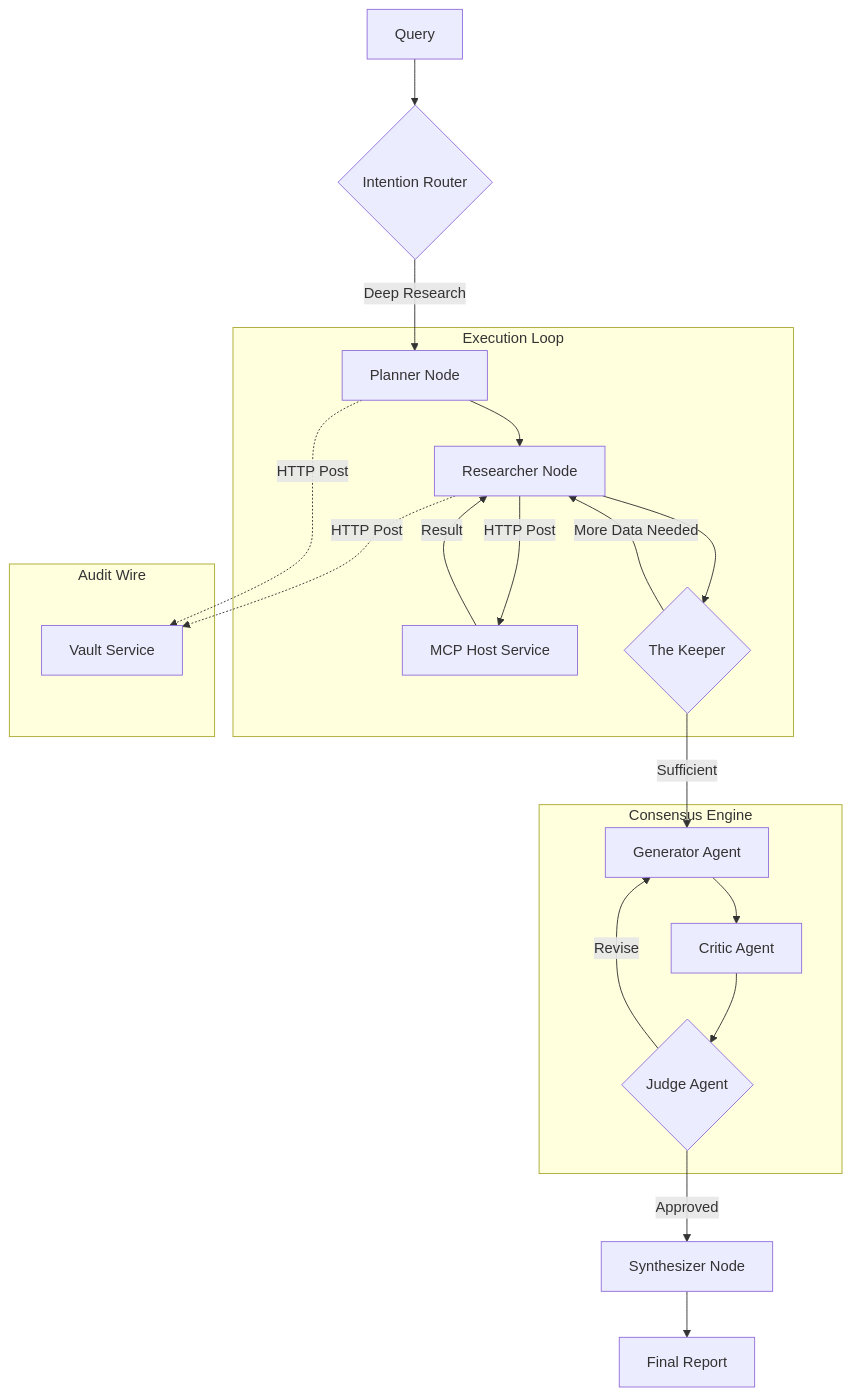
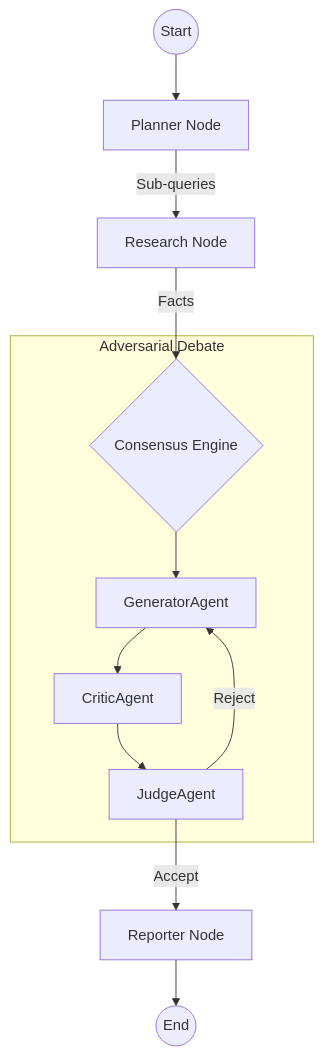
Before and after one commit to azzindani/Kea: the diagram in services/orchestrator/README.md, drawn with Mermaid. The commit also changed other lines of this file and 15 other files, not shown here.

````diff
--- a/services/orchestrator/README.md
+++ b/services/orchestrator/README.md
@@ -18,29 +17,16 @@
 ```mermaid
 graph TD
-    Start[Query] --> Router{Intention Router}
-    Router -->|Deep Research| Planner[Planner Node]
+    Start((Start)) --> Planner[Planner Node]
+    Planner -->|Sub-queries| Research[Research Node]
+    Research -->|Facts| Consensus{Consensus Engine}
     
-    subgraph Execution Loop
-        Planner --> Researcher[Researcher Node]
-        Researcher -->|HTTP Post| MCP[MCP Host Service]
-        MCP -->|Result| Researcher
-        Researcher --> Keeper{The Keeper}
-        Keeper --"More Data Needed"--> Researcher
+    subgraph Adversarial Debate
+        Consensus --> Gen[GeneratorAgent]
+        Gen --> Critique[CriticAgent]
+        Critique --> Judgment[JudgeAgent]
+        Judgment -->|Reject| Gen
     end
     
-    subgraph Audit Wire
-        Researcher -.->|HTTP Post| Vault[Vault Service]
-        Planner -.->|HTTP Post| Vault
-    end
-        
-    Keeper --"Sufficient"--> Generator[Generator Agent]
-    
-    subgraph Consensus Engine
-        Generator --> Critic[Critic Agent]
-        Critic --> Judge{Judge Agent}
-        Judge --"Revise"--> Generator
-    end
-    
-    Judge --"Approved"--> Synthesizer[Synthesizer Node]
-    Synthesizer --> End[Final Report]
+    Judgment -->|Accept| Report[Reporter Node]
+    Report --> End((End))
 ```
````
